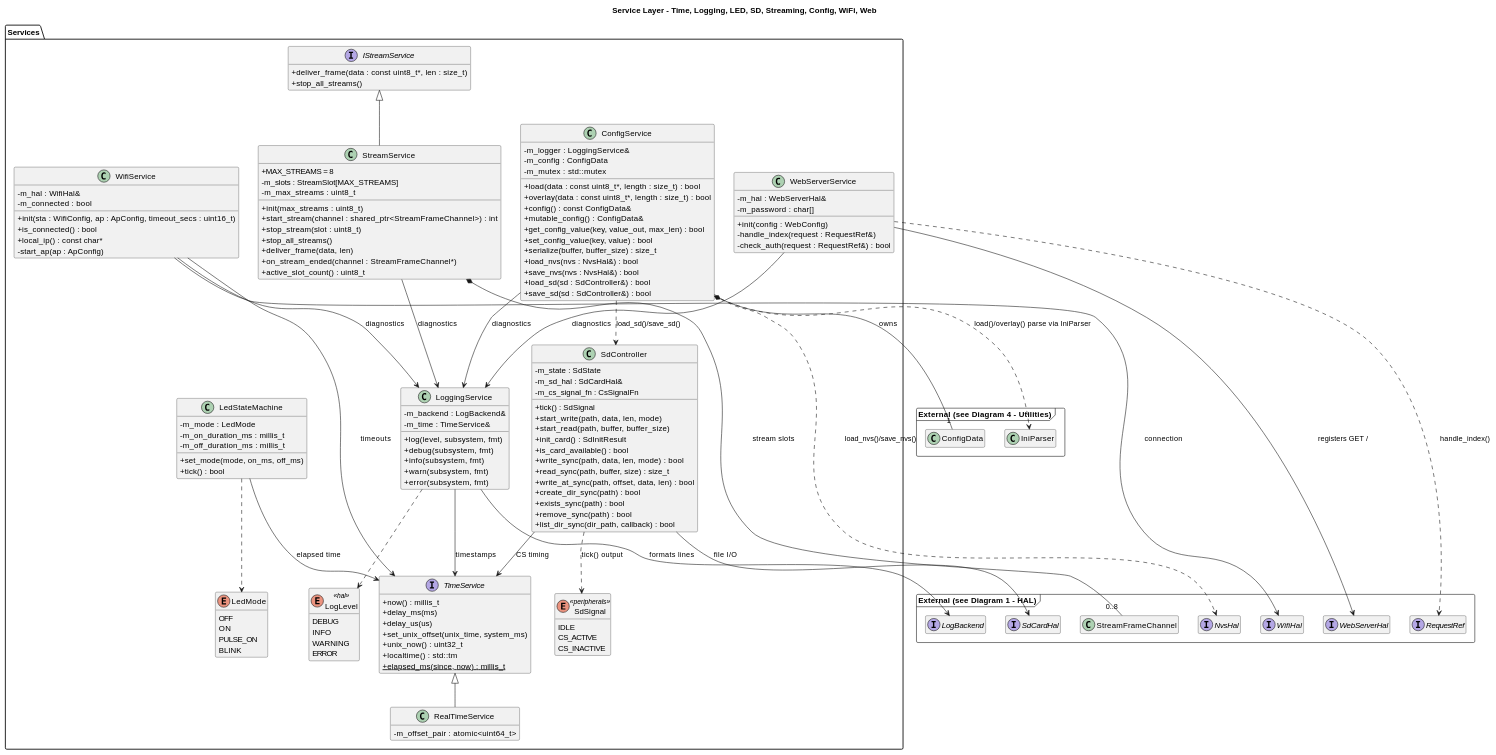
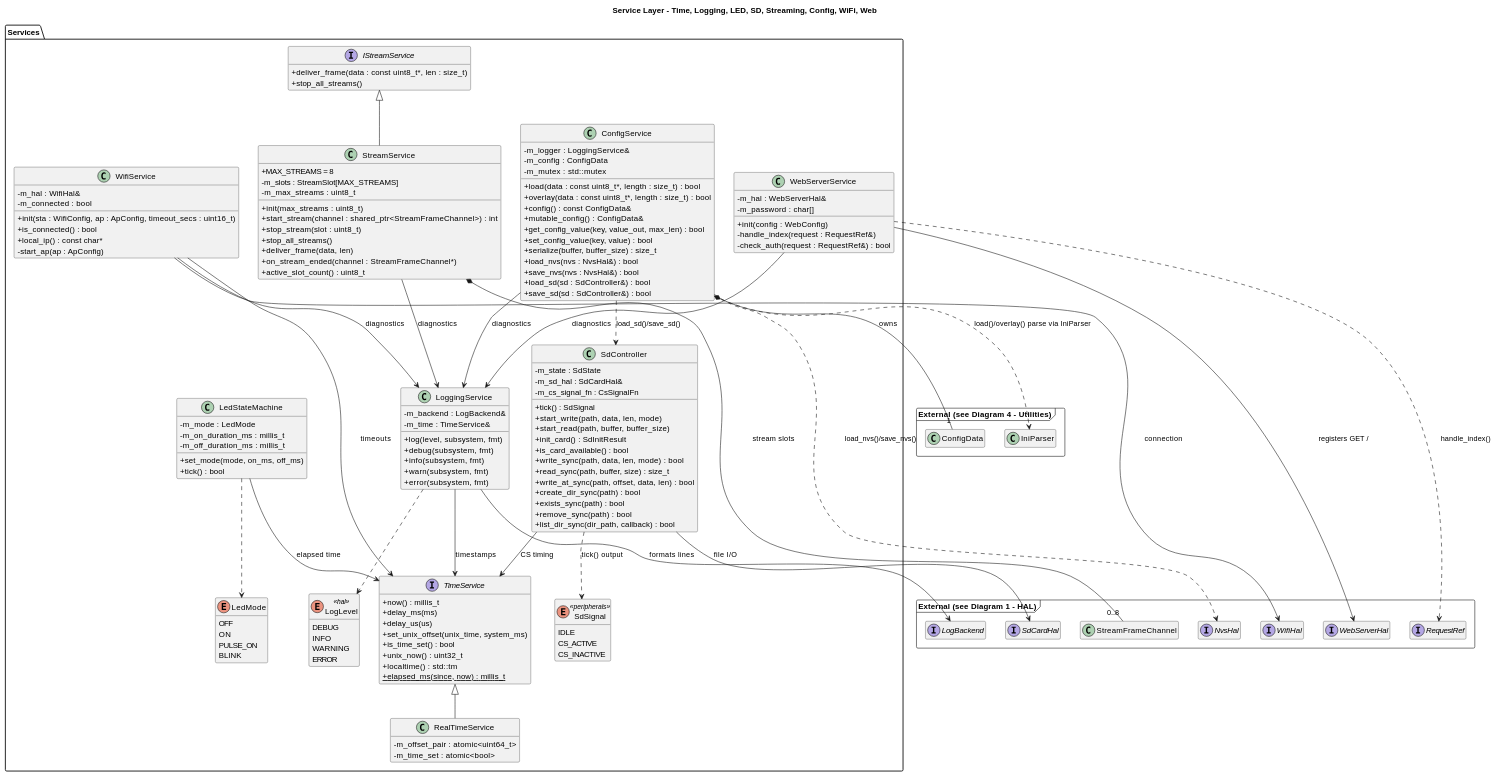
One commit to timwalsh41/micro-security-cam changed the second of 9 diagrams in docs/SYSTEM_DESIGN.md. Above: the diagram before and after it, drawn with PlantUML. The commit also changed other lines of this file and 11 other files, not shown here.

First line of the commit message:
feat: add after_set_time SD logging mode (#21)

```diff
--- a/docs/SYSTEM_DESIGN.md
+++ b/docs/SYSTEM_DESIGN.md
@@ -378,6 +378,7 @@
         +delay_ms(ms)
         +delay_us(us)
         +set_unix_offset(unix_time, system_ms)
+        +is_time_set() : bool
         +unix_now() : uint32_t
         +localtime() : std::tm
         +{static} elapsed_ms(since, now) : millis_t
@@ -385,6 +386,7 @@
 
     class RealTimeService {
         -m_offset_pair : atomic<uint64_t>
+        -m_time_set : atomic<bool>
     }
 
     enum LogLevel <<hal>> {
```
